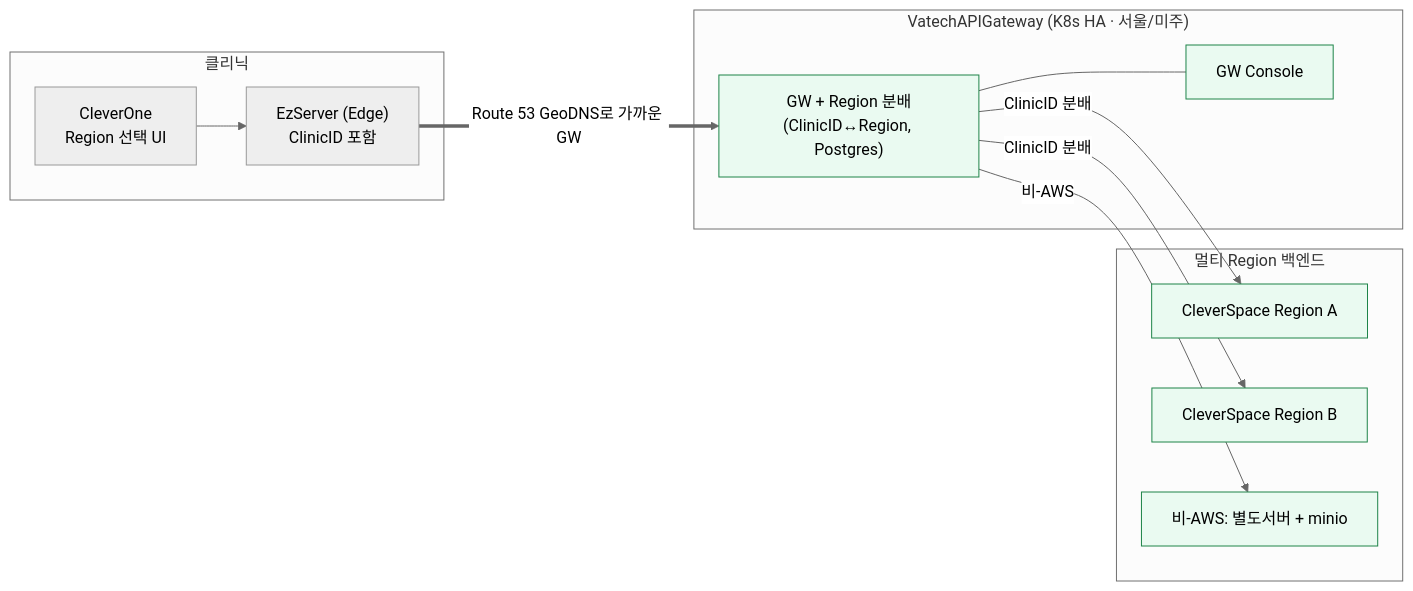
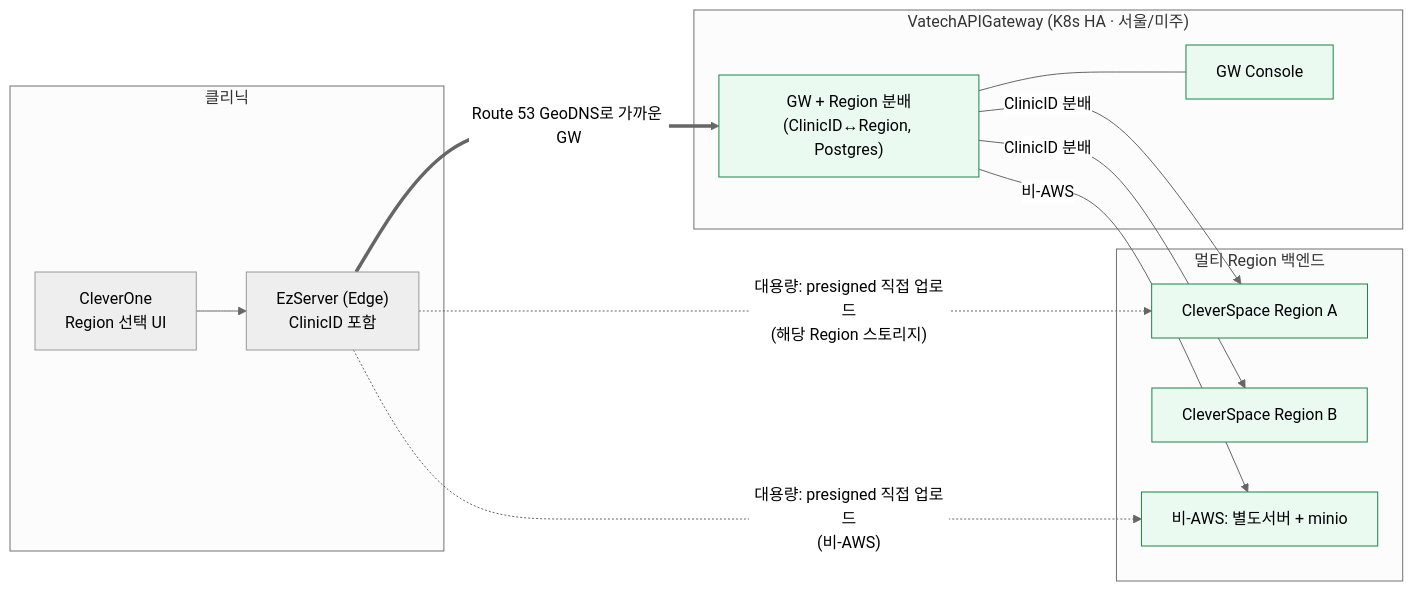
One commit to gracegyu/scp-architecture changed the seventh of 7 diagrams in docs/CleverAPI호환성체크/VatechAPIGateway_통합_Roadmap_보고서.md. Above: the diagram before and after it, drawn with Mermaid (neutral theme). The commit also changed other lines of this file, not shown here.

Commit message:
문서 업데이트: VatechAPIGateway 통합 로드맵 보고서에서 업로드 완료 확인 방식(완료 콜백 + 스토리지 이벤트 조합)을 추가하고, 데이터 경로 분리 및 GW 단일 경유 변경 사항을 명확히 하여 문서의 이해도를 높였습니다. 이를 통해 통합 과정에서의 요구 사항과 절차를 구체적으로 정리하였습니다.

````diff
--- a/docs/CleverAPI호환성체크/VatechAPIGateway_통합_Roadmap_보고서.md
+++ b/docs/CleverAPI호환성체크/VatechAPIGateway_통합_Roadmap_보고서.md
@@ -336,26 +342,28 @@
 ```mermaid
 flowchart LR
     subgraph CLINIC["클리닉"]
         CO["CleverOne<br/>Region 선택 UI"]
         EZ["EzServer (Edge)<br/>ClinicID 포함"]
         CO --> EZ
     end
     subgraph GWLAYER["VatechAPIGateway (K8s HA · 서울/미주)"]
         GW["GW + Region 분배<br/>(ClinicID↔Region, Postgres)"]
         CONSOLE["GW Console"]
         GW --- CONSOLE
     end
     subgraph CLOUD["멀티 Region 백엔드"]
         CS1["CleverSpace Region A"]
         CS2["CleverSpace Region B"]
         MINIO["비-AWS: 별도서버 + minio"]
     end
 
     EZ ==>|"Route 53 GeoDNS로 가까운 GW"| GW
     GW -->|"ClinicID 분배"| CS1
     GW -->|"ClinicID 분배"| CS2
     GW -->|"비-AWS"| MINIO
+    EZ -.->|"대용량: presigned 직접 업로드<br/>(해당 Region 스토리지)"| CS1
+    EZ -.->|"대용량: presigned 직접 업로드<br/>(비-AWS)"| MINIO
 
     classDef new fill:#eafaf1,stroke:#1e8449,color:#000;
     class GW,CONSOLE,CS1,CS2,MINIO new;
 ```
````
